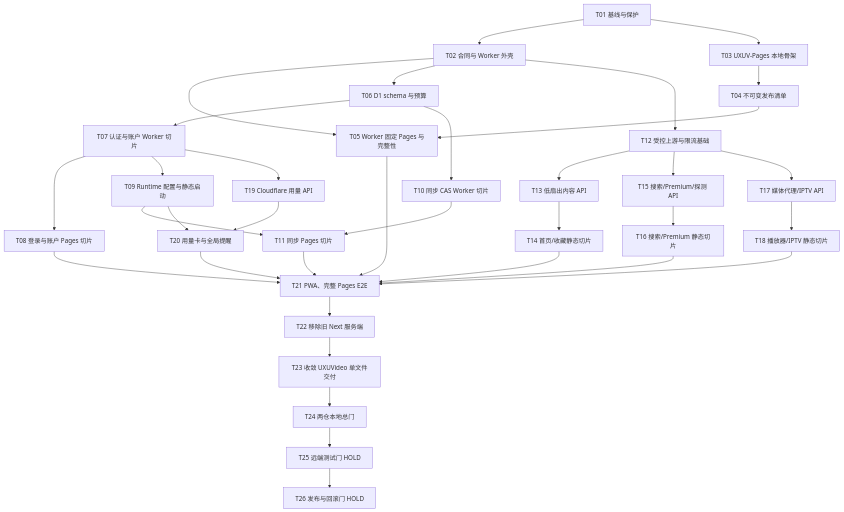
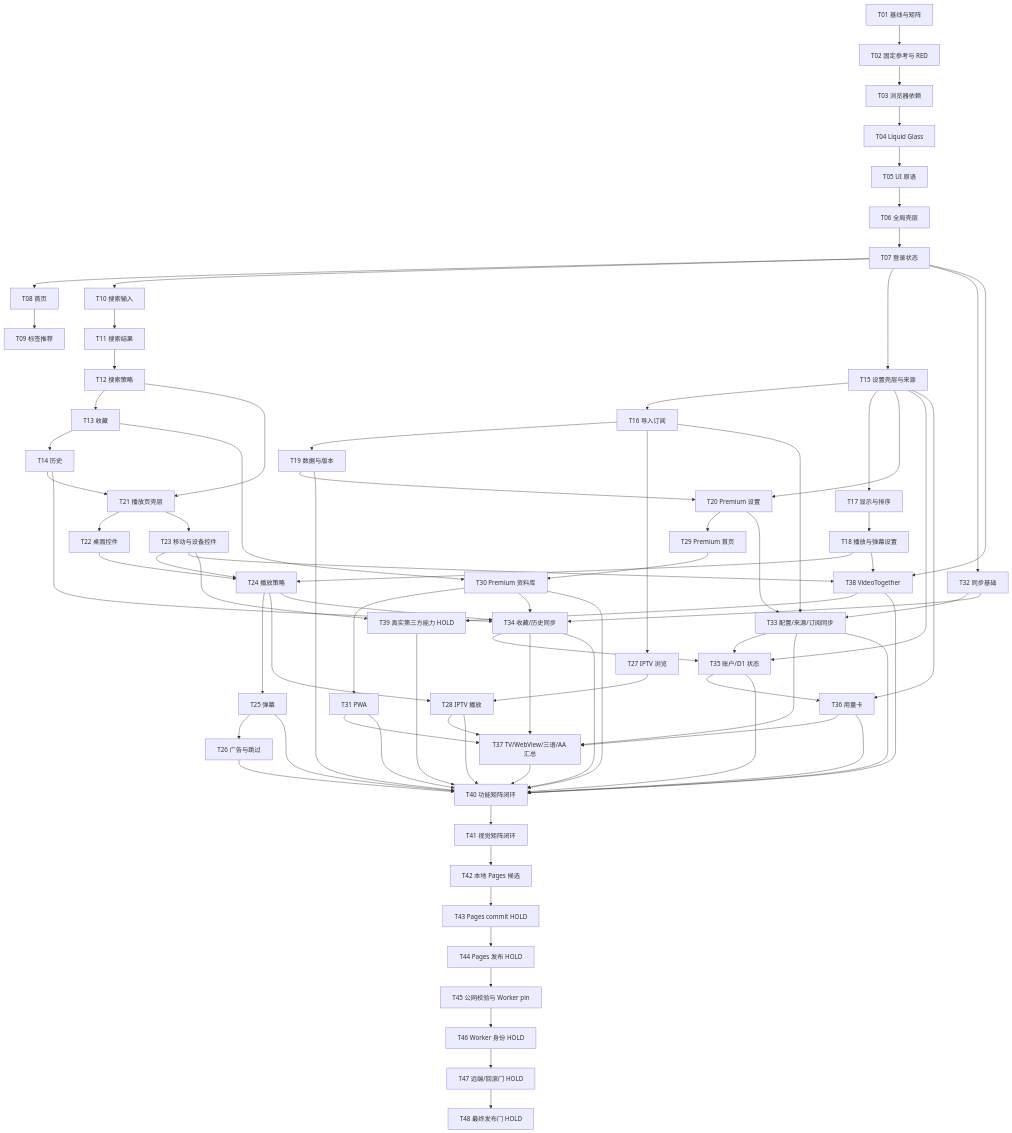
Before and after one commit to uxudjs/UXUVideo: the diagram in work-products/plan.md, drawn with Mermaid. The commit also changed other lines of this file and 29 other files, not shown here.

````diff
--- a/work-products/plan.md
+++ b/work-products/plan.md
@@ -25,37 +32,89 @@
 ```mermaid
 flowchart TD
-  B["T01 基线与保护"] --> C["T02 合同与 Worker 外壳"]
-  B --> P["T03 UXUV-Pages 本地骨架"]
-  P --> M["T04 不可变发布清单"]
-  C --> I["T05 Worker 固定 Pages 与完整性"]
-  M --> I
-  C --> D["T06 D1 schema 与预算"]
-  D --> A["T07 认证与账户 Worker 切片"]
-  A --> AU["T08 登录与账户 Pages 切片"]
-  A --> R["T09 Runtime 配置与静态启动"]
-  D --> S["T10 同步 CAS Worker 切片"]
-  R --> SU["T11 同步 Pages 切片"]
-  S --> SU
-  C --> U["T12 受控上游与限流基础"]
-  U --> L["T13 低扇出内容 API"]
-  L --> H["T14 首页/收藏静态切片"]
-  U --> F["T15 搜索/Premium/探测 API"]
-  F --> FP["T16 搜索/Premium 静态切片"]
-  U --> V["T17 媒体代理/IPTV API"]
-  V --> VP["T18 播放器/IPTV 静态切片"]
-  A --> G["T19 Cloudflare 用量 API"]
-  R --> GU["T20 用量卡与全局提醒"]
-  G --> GU
-  I --> Q["T21 PWA、完整 Pages E2E"]
-  AU --> Q
-  SU --> Q
-  H --> Q
-  FP --> Q
-  VP --> Q
-  GU --> Q
-  Q --> X["T22 移除旧 Next 服务端"]
-  X --> Y["T23 收敛 UXUVideo 单文件交付"]
-  Y --> Z["T24 两仓本地总门"]
-  Z --> E["T25 远端测试门 HOLD"]
-  E --> RLS["T26 发布与回滚门 HOLD"]
+  T01["T01 基线与矩阵"] --> T02["T02 固定参考与 RED"]
+  T02 --> T03["T03 浏览器依赖"]
+  T03 --> T04["T04 Liquid Glass"]
+  T04 --> T05["T05 UI 原语"]
+  T05 --> T06["T06 全局壳层"]
+  T06 --> T07["T07 登录状态"]
+
+  T07 --> T08["T08 首页"]
+  T08 --> T09["T09 标签推荐"]
+  T07 --> T10["T10 搜索输入"]
+  T10 --> T11["T11 搜索结果"]
+  T11 --> T12["T12 搜索策略"]
+  T12 --> T13["T13 收藏"]
+  T13 --> T14["T14 历史"]
+
+  T07 --> T15["T15 设置壳层与来源"]
+  T15 --> T16["T16 导入订阅"]
+  T15 --> T17["T17 显示与排序"]
+  T17 --> T18["T18 播放与弹幕设置"]
+  T16 --> T19["T19 数据与版本"]
+  T15 --> T20["T20 Premium 设置"]
+  T19 --> T20
+
+  T12 --> T21["T21 播放页壳层"]
+  T14 --> T21
+  T21 --> T22["T22 桌面控件"]
+  T21 --> T23["T23 移动与设备控件"]
+  T22 --> T24["T24 播放策略"]
+  T23 --> T24
+  T18 --> T24
+  T24 --> T25["T25 弹幕"]
+  T25 --> T26["T26 广告与跳过"]
+
+  T16 --> T27["T27 IPTV 浏览"]
+  T24 --> T28["T28 IPTV 播放"]
+  T27 --> T28
+  T20 --> T29["T29 Premium 首页"]
+  T13 --> T30["T30 Premium 资料库"]
+  T29 --> T30
+
+  T30 --> T31["T31 PWA"]
+  T07 --> T32["T32 同步基础"]
+  T16 --> T33["T33 配置/来源/订阅同步"]
+  T20 --> T33
+  T32 --> T33
+  T14 --> T34["T34 收藏/历史同步"]
+  T24 --> T34
+  T30 --> T34
+  T32 --> T34
+  T15 --> T35["T35 账户/D1 状态"]
+  T33 --> T35
+  T34 --> T35
+  T15 --> T36["T36 用量卡"]
+  T35 --> T36
+  T28 --> T37["T37 TV/WebView/三语/AA 汇总"]
+  T31 --> T37
+  T33 --> T37
+  T34 --> T37
+  T36 --> T37
+
+  T07 --> T38["T38 VideoTogether"]
+  T18 --> T38
+  T23 --> T38
+  T23 --> T39["T39 真实第三方能力 HOLD"]
+  T38 --> T39
+  T19 --> T40["T40 功能矩阵闭环"]
+  T25 --> T40
+  T26 --> T40
+  T28 --> T40
+  T30 --> T40
+  T31 --> T40
+  T33 --> T40
+  T34 --> T40
+  T35 --> T40
+  T36 --> T40
+  T37 --> T40
+  T38 --> T40
+  T39 --> T40
+  T40 --> T41["T41 视觉矩阵闭环"]
+  T41 --> T42["T42 本地 Pages 候选"]
+  T42 --> T43["T43 Pages commit HOLD"]
+  T43 --> T44["T44 Pages 发布 HOLD"]
+  T44 --> T45["T45 公网校验与 Worker pin"]
+  T45 --> T46["T46 Worker 身份 HOLD"]
+  T46 --> T47["T47 远端/回滚门 HOLD"]
+  T47 --> T48["T48 最终发布门 HOLD"]
 ```
````
